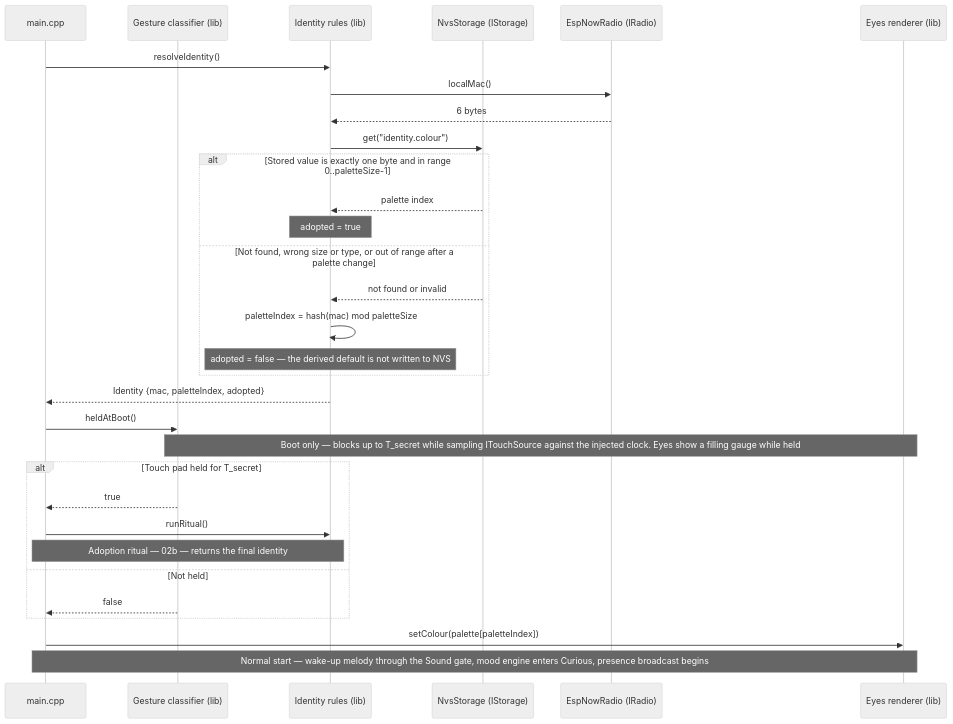
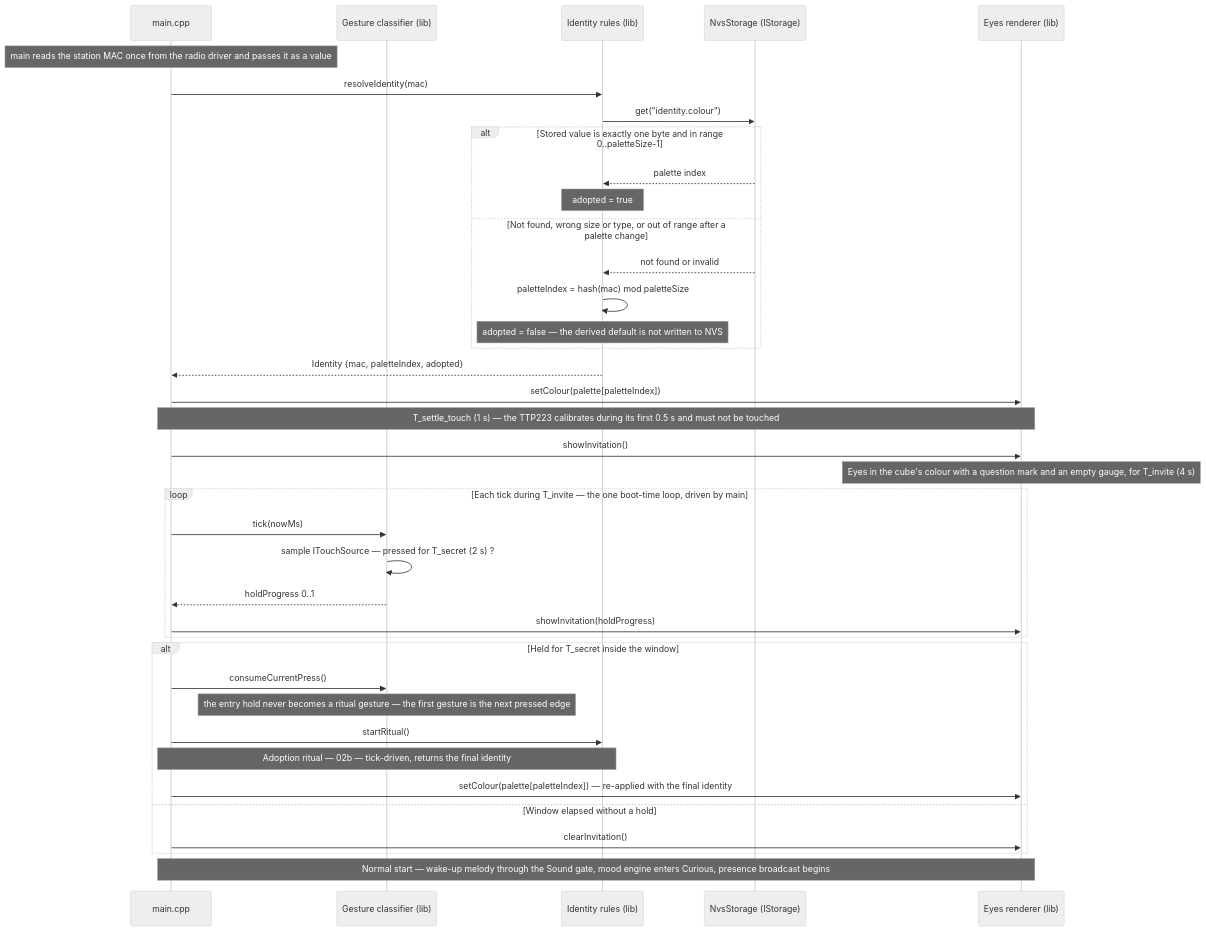
Before and after one commit to benoit-bremaud/cubbies: the diagram in docs/architecture/diagrams/identity/02a-sequence-first-boot.md, drawn with Mermaid (neutral theme). The commit also changed other lines of this file and 19 other files, not shown here.

First line of the commit message:
docs(architecture): pass the cube-core PDR (ADR-0013) (#8)

````diff
--- a/docs/architecture/diagrams/identity/02a-sequence-first-boot.md
+++ b/docs/architecture/diagrams/identity/02a-sequence-first-boot.md
@@ -17,35 +17,42 @@
 ```mermaid
 sequenceDiagram
   participant M as main.cpp
   participant G as Gesture classifier (lib)
   participant I as Identity rules (lib)
   participant S as NvsStorage (IStorage)
-  participant R as EspNowRadio (IRadio)
   participant E as Eyes renderer (lib)
 
-  M->>I: resolveIdentity()
-  I->>R: localMac()
-  R-->>I: 6 bytes
+  Note over M: main reads the station MAC once from the radio driver and passes it as a value
+  M->>I: resolveIdentity(mac)
   I->>S: get("identity.colour")
   alt Stored value is exactly one byte and in range 0..paletteSize-1
     S-->>I: palette index
     Note over I: adopted = true
   else Not found, wrong size or type, or out of range after a palette change
     S-->>I: not found or invalid
     I->>I: paletteIndex = hash(mac) mod paletteSize
     Note over I: adopted = false — the derived default is not written to NVS
   end
   I-->>M: Identity {mac, paletteIndex, adopted}
 
-  M->>G: heldAtBoot()
-  Note over G,E: Boot only — blocks up to T_secret while sampling ITouchSource against the injected clock. Eyes show a filling gauge while held
-  alt Touch pad held for T_secret
-    G-->>M: true
-    M->>I: runRitual()
-    Note over M,I: Adoption ritual — 02b — returns the final identity
-  else Not held
-    G-->>M: false
+  M->>E: setColour(palette[paletteIndex])
+  Note over M,E: T_settle_touch (1 s) — the TTP223 calibrates during its first 0.5 s and must not be touched
+  M->>E: showInvitation()
+  Note over E: Eyes in the cube's colour with a question mark and an empty gauge, for T_invite (4 s)
+  loop Each tick during T_invite — the one boot-time loop, driven by main
+    M->>G: tick(nowMs)
+    G->>G: sample ITouchSource — pressed for T_secret (2 s) ?
+    G-->>M: holdProgress 0..1
+    M->>E: showInvitation(holdProgress)
   end
-  M->>E: setColour(palette[paletteIndex])
+  alt Held for T_secret inside the window
+    M->>G: consumeCurrentPress()
+    Note over G: the entry hold never becomes a ritual gesture — the first gesture is the next pressed edge
+    M->>I: startRitual()
+    Note over M,I: Adoption ritual — 02b — tick-driven, returns the final identity
+    M->>E: setColour(palette[paletteIndex]) — re-applied with the final identity
+  else Window elapsed without a hold
+    M->>E: clearInvitation()
+  end
   Note over M,E: Normal start — wake-up melody through the Sound gate, mood engine enters Curious, presence broadcast begins
 ```
````
